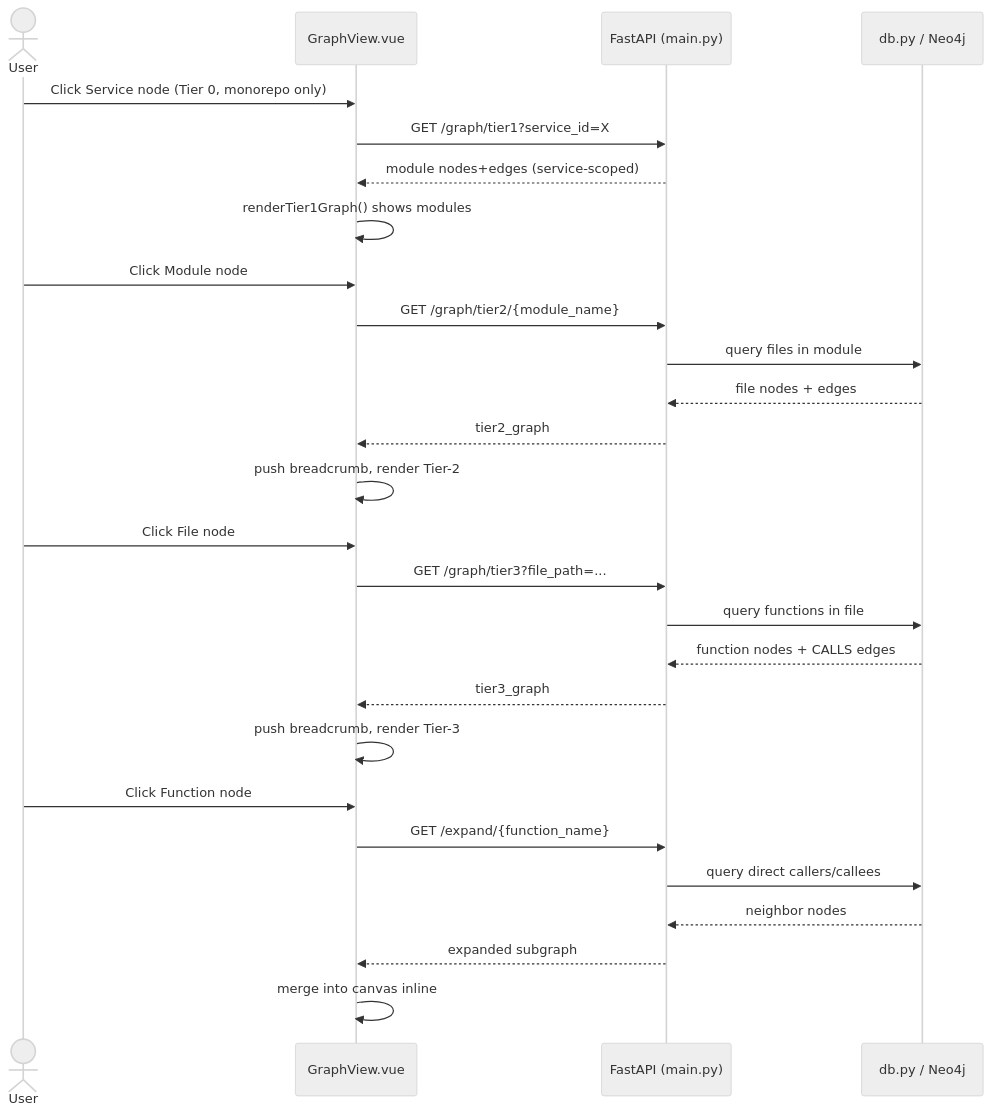
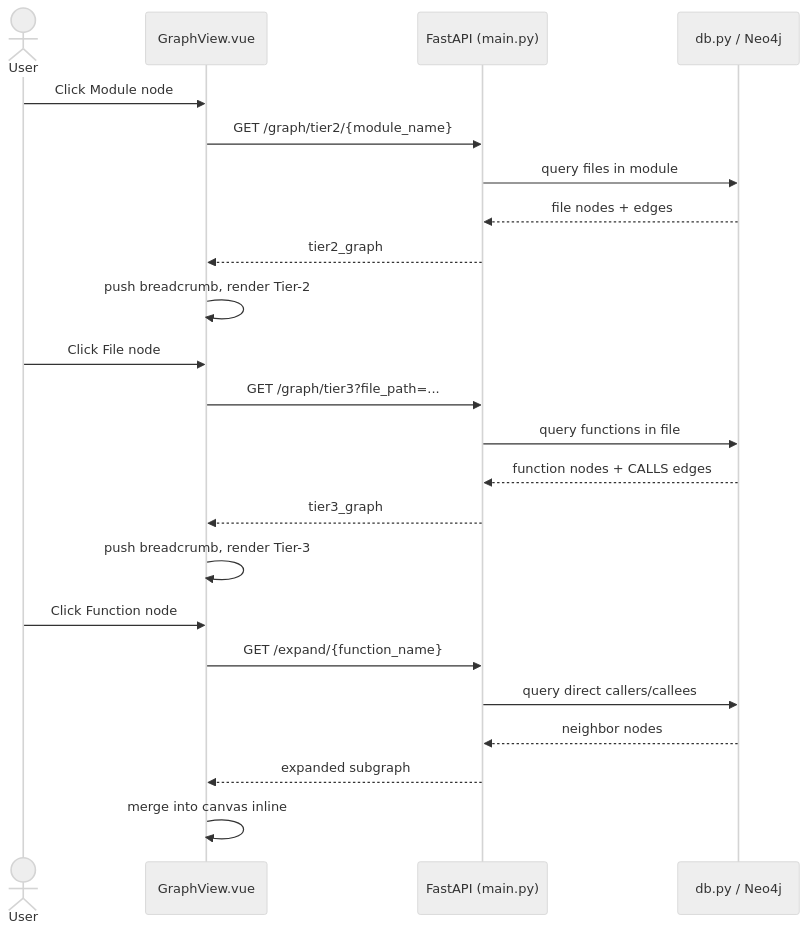
One commit to farjanasarker/Code_Base_Visualisation changed the eighth of 12 diagrams in SRS.md. Above: the diagram before and after it, drawn with Mermaid (neutral theme). The commit also changed other lines of this file and 27 other files, not shown here.

````diff
--- a/SRS.md
+++ b/SRS.md
@@ -611,33 +650,28 @@
 ```mermaid
 sequenceDiagram
     actor U as User
     participant FE as GraphView.vue
     participant API as FastAPI (main.py)
     participant DB as db.py / Neo4j
-
-    U->>FE: Click Service node (Tier 0, monorepo only)
-    FE->>API: GET /graph/tier1?service_id=X
-    API-->>FE: module nodes+edges (service-scoped)
-    FE->>FE: renderTier1Graph() shows modules
 
     U->>FE: Click Module node
     FE->>API: GET /graph/tier2/{module_name}
     API->>DB: query files in module
     DB-->>API: file nodes + edges
     API-->>FE: tier2_graph
     FE->>FE: push breadcrumb, render Tier-2
 
     U->>FE: Click File node
     FE->>API: GET /graph/tier3?file_path=...
     API->>DB: query functions in file
     DB-->>API: function nodes + CALLS edges
     API-->>FE: tier3_graph
     FE->>FE: push breadcrumb, render Tier-3
 
     U->>FE: Click Function node
     FE->>API: GET /expand/{function_name}
     API->>DB: query direct callers/callees
     DB-->>API: neighbor nodes
     API-->>FE: expanded subgraph
     FE->>FE: merge into canvas inline
 ```
````
